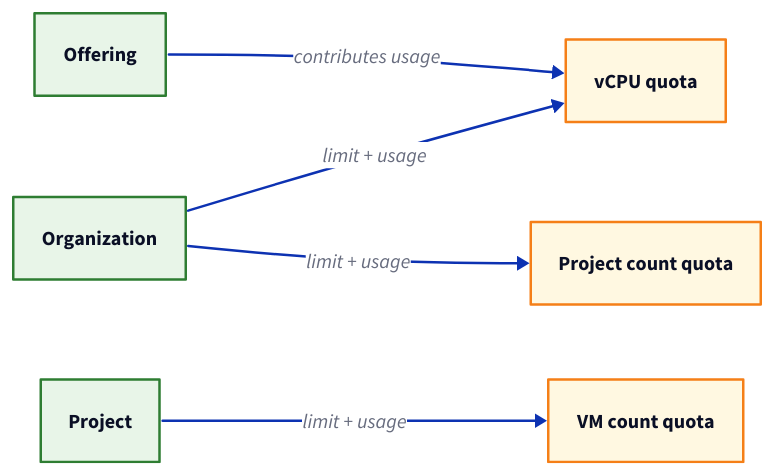
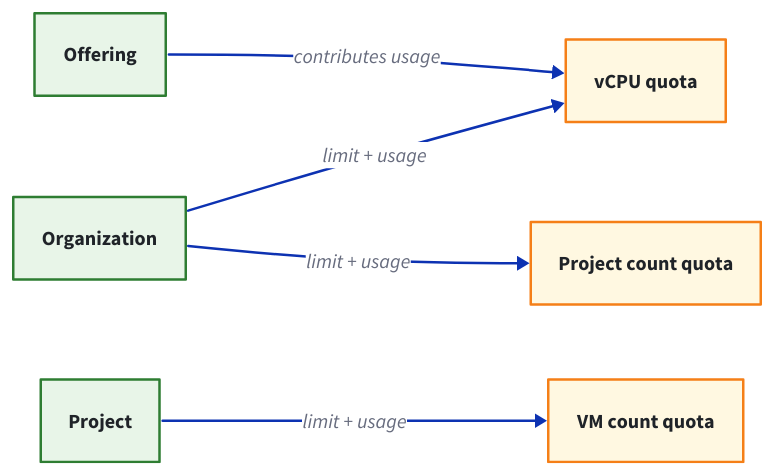
Before and after one commit to waldur/waldur-docs: the diagram in docs/about/concepts/quotas.md, drawn with D2. The commit also changed 51 other files, not shown here.

Commit message:
Group docs navigation into reader-task tabs, fix dead links and unreadable diagrams [#30] [#31]

````diff
--- a/docs/about/concepts/quotas.md
+++ b/docs/about/concepts/quotas.md
@@ -9,20 +9,20 @@
 ```d2
 direction: right
 classes: {
-  scope: { style: { fill: "#e8f5e8"; stroke: "#2e7d32" } }
-  q:     { style: { fill: "#fff8e1"; stroke: "#f57f17" } }
+  scope: { style: { fill: "#e8f5e8"; font-color: "#1f2328"; stroke: "#2e7d32" } }
+  q:     { style: { fill: "#fff8e1"; font-color: "#1f2328"; stroke: "#f57f17" } }
 }
 
 org: Organization { class: scope }
 project: Project { class: scope }
 offering: Offering { class: scope }
 
 q1: vCPU quota { class: q }
 q2: VM count quota { class: q }
 q3: Project count quota { class: q }
 
 org -> q1: limit + usage
 project -> q2: limit + usage
 org -> q3: limit + usage
 offering -> q1: contributes usage
 ```
````
